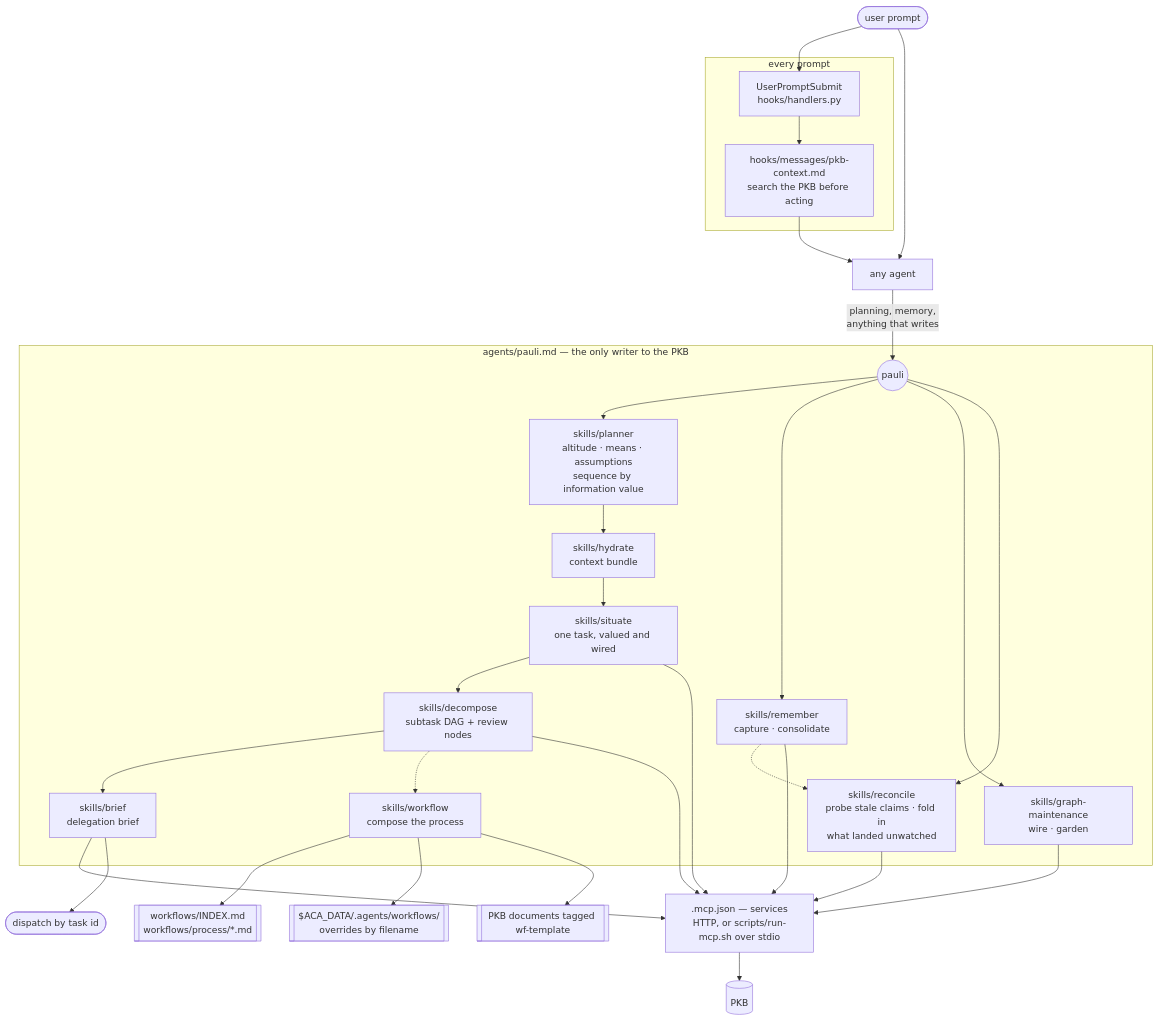
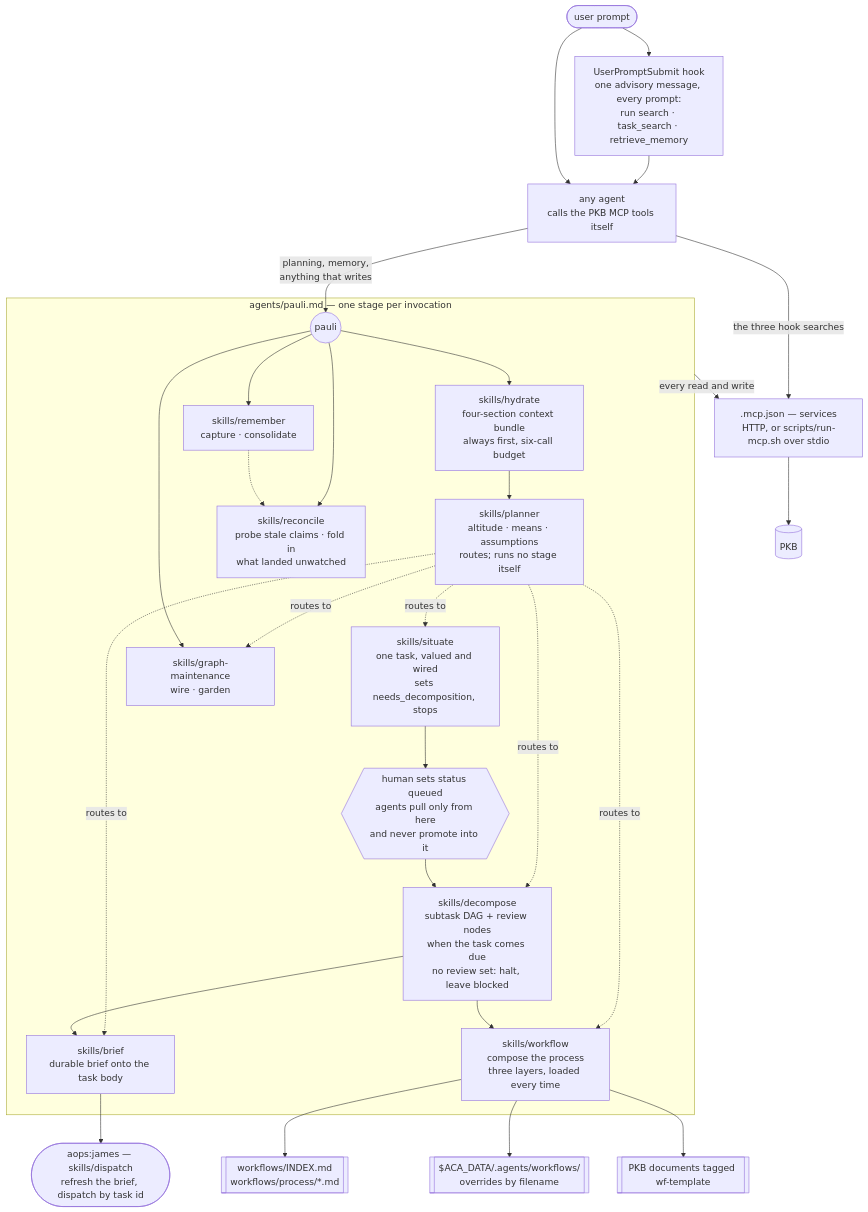
One commit to nicsuzor/academicOps changed the diagram in plugins/pkb/README.md. Above: the diagram before and after it, drawn with Mermaid. The commit also changed other lines of this file and 21 other files, not shown here.

````diff
--- a/plugins/pkb/README.md
+++ b/plugins/pkb/README.md
@@ -8,43 +8,43 @@
 ```mermaid
 flowchart TD
     prompt([user prompt]) --> hook
 
-    subgraph hookpath["every prompt"]
-        hook["UserPromptSubmit<br/>hooks/handlers.py"]
-        hook --> msg["hooks/messages/pkb-context.md<br/>search the PKB before acting"]
-    end
-
-    msg --> agent
-    prompt --> agent["any agent"]
+    hook["UserPromptSubmit hook<br/>one advisory message, every prompt:<br/>run search · task_search · retrieve_memory"]
+    hook --> agent
+    prompt --> agent["any agent<br/>calls the PKB MCP tools itself"]
 
     agent -- "planning, memory,<br/>anything that writes" --> pauli
 
-    subgraph pkbwrite["agents/pauli.md — the only writer to the PKB"]
+    subgraph pkbwrite["agents/pauli.md — one stage per invocation"]
         pauli(("pauli"))
-        pauli --> planner["skills/planner<br/>altitude · means · assumptions<br/>sequence by information value"]
-        planner --> hydrate["skills/hydrate<br/>context bundle"]
-        hydrate --> situate["skills/situate<br/>one task, valued and wired"]
-        situate --> decompose["skills/decompose<br/>subtask DAG + review nodes"]
-        decompose --> brief["skills/brief<br/>delegation brief"]
-        decompose -.-> workflow["skills/workflow<br/>compose the process"]
+        pauli --> hydrate["skills/hydrate<br/>four-section context bundle<br/>always first, six-call budget"]
+        hydrate --> planner["skills/planner<br/>altitude · means · assumptions<br/>routes; runs no stage itself"]
+        planner -. routes to .-> situate
+        planner -. routes to .-> decompose
+        planner -. routes to .-> brief
+        planner -. routes to .-> composer
+        planner -. routes to .-> gardening
+
+        situate["skills/situate<br/>one task, valued and wired<br/>sets needs_decomposition, stops"]
+        situate --> gate{{"human sets status queued<br/>agents pull only from here<br/>and never promote into it"}}
+        gate --> decompose["skills/decompose<br/>subtask DAG + review nodes<br/>when the task comes due<br/>no review set: halt, leave blocked"]
+        decompose --> composer["skills/workflow<br/>compose the process<br/>three layers, loaded every time"]
+        decompose --> brief["skills/brief<br/>durable brief onto the task body"]
+
         pauli --> remember["skills/remember<br/>capture · consolidate"]
-        pauli --> graphx["skills/graph-maintenance<br/>wire · garden"]
+        pauli --> gardening["skills/graph-maintenance<br/>wire · garden"]
         pauli --> reconcile["skills/reconcile<br/>probe stale claims · fold in<br/>what landed unwatched"]
         remember -.-> reconcile
     end
 
-    workflow --> library[["workflows/INDEX.md<br/>workflows/process/*.md"]]
-    workflow --> userlayer[["$ACA_DATA/.agents/workflows/<br/>overrides by filename"]]
-    workflow --> wf[["PKB documents tagged wf-template"]]
+    composer --> library[["workflows/INDEX.md<br/>workflows/process/*.md"]]
+    composer --> userlayer[["$ACA_DATA/.agents/workflows/<br/>overrides by filename"]]
+    composer --> wftemplates[["PKB documents tagged wf-template"]]
 
-    remember --> mcp
-    graphx --> mcp
-    reconcile --> mcp
-    situate --> mcp
-    decompose --> mcp
-    brief --> mcp
+    pkbwrite -- "every read and write" --> mcp
+    agent -- "the three hook searches" --> mcp
 
     mcp[".mcp.json — services<br/>HTTP, or scripts/run-mcp.sh over stdio"] --> pkbstore[(PKB)]
 
-    brief --> dispatch([dispatch by task id])
+    brief --> dispatch(["aops:james — skills/dispatch<br/>refresh the brief, dispatch by task id"])
 ```
````
